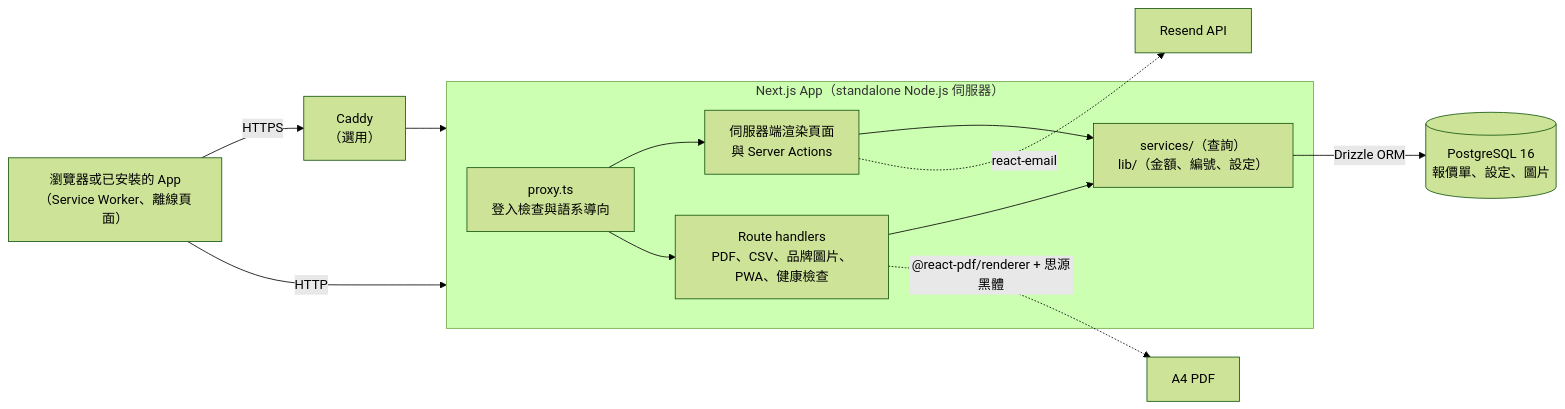
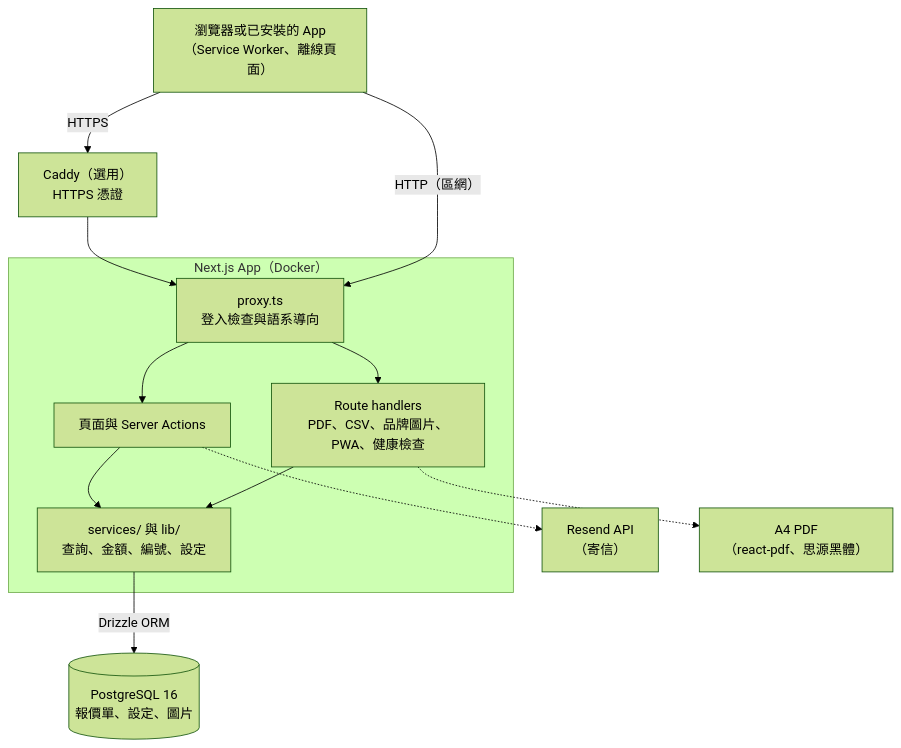
The diagram in README.zh-TW.md (sychen6192/quote-system), drawn with Mermaid (forest theme) before and after one commit. The commit also changed other lines of this file and 86 other files, not shown here.

First line of the commit message:
fix: wave B review — layout, accessibility, PWA and packaging fixes from browser testing

````diff
--- a/README.zh-TW.md
+++ b/README.zh-TW.md
@@ -266,15 +266,22 @@
 ```mermaid
-flowchart LR
-  Browser["瀏覽器或已安裝的 App<br/>（Service Worker、離線頁面）"] -->|HTTPS| Caddy["Caddy<br/>（選用）"]
-  Browser -->|HTTP| App
-  Caddy --> App
-  subgraph App["Next.js App（standalone Node.js 伺服器）"]
-    Proxy["proxy.ts<br/>登入檢查與語系導向"] --> Pages["伺服器端渲染頁面<br/>與 Server Actions"]
-    Proxy --> Routes["Route handlers<br/>PDF、CSV、品牌圖片、PWA、健康檢查"]
-    Pages --> Services["services/（查詢）<br/>lib/（金額、編號、設定）"]
-    Routes --> Services
+flowchart TB
+  Browser["瀏覽器或已安裝的 App<br/>（Service Worker、離線頁面）"]
+  Caddy["Caddy（選用）<br/>HTTPS 憑證"]
+  Browser -->|HTTPS| Caddy
+  subgraph App["Next.js App（Docker）"]
+    Proxy["proxy.ts<br/>登入檢查與語系導向"]
+    Pages["頁面與 Server Actions"]
+    Routes["Route handlers<br/>PDF、CSV、品牌圖片、PWA、健康檢查"]
+    Services["services/ 與 lib/<br/>查詢、金額、編號、設定"]
+    Proxy --> Pages & Routes
+    Pages & Routes --> Services
   end
-  Services -->|Drizzle ORM| DB[("PostgreSQL 16<br/>報價單、設定、圖片")]
-  Routes -.->|"@react-pdf/renderer + 思源黑體"| PDF["A4 PDF"]
-  Pages -.->|"react-email"| Resend["Resend API"]
+  Caddy --> Proxy
+  Browser -->|"HTTP（區網）"| Proxy
+  Resend["Resend API<br/>（寄信）"]
+  DB[("PostgreSQL 16<br/>報價單、設定、圖片")]
+  PDF["A4 PDF<br/>（react-pdf、思源黑體）"]
+  Pages -.-> Resend
+  Services -->|Drizzle ORM| DB
+  Routes -.-> PDF
 ```
````
